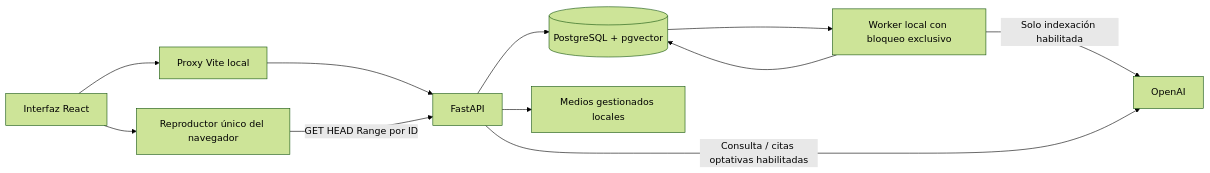
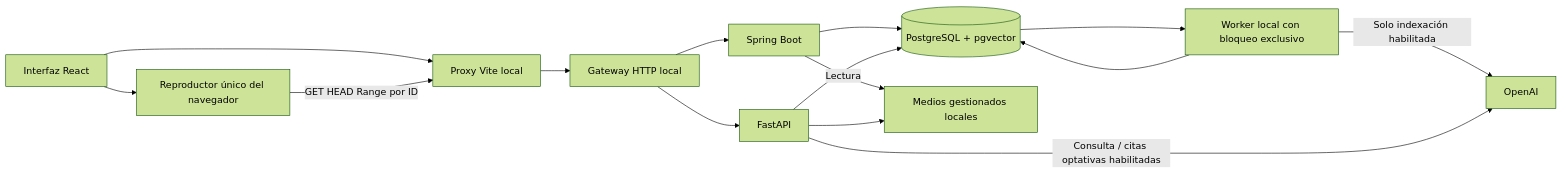
The diagram in docs/ARQUITECTURA.md (Juan2509/EchoBeats), drawn with Mermaid (forest theme) before and after one commit. The commit also changed other lines of this file and 22 other files, not shown here.

Commit message:
feat: :zap: Implementación completa de spring boot

````diff
--- a/docs/ARQUITECTURA.md
+++ b/docs/ARQUITECTURA.md
@@ -8,13 +7,17 @@
 ```mermaid
 flowchart LR
   U[Interfaz React] --> V[Proxy Vite local]
-  V --> A[FastAPI]
+  V --> G[Gateway HTTP local]
+  G --> J[Spring Boot]
+  G --> A[FastAPI]
   U --> P[Reproductor único del navegador]
-  P -->|GET HEAD Range por ID| A
+  P -->|GET HEAD Range por ID| V
+  J --> D[(PostgreSQL + pgvector)]
+  J -->|Lectura| M[Medios gestionados locales]
   A --> D[(PostgreSQL + pgvector)]
   A --> M[Medios gestionados locales]
   D --> W[Worker local con bloqueo exclusivo]
   W --> D
   W -->|Solo indexación habilitada| O[OpenAI]
   A -->|Consulta / citas optativas habilitadas| O
 ```
````
